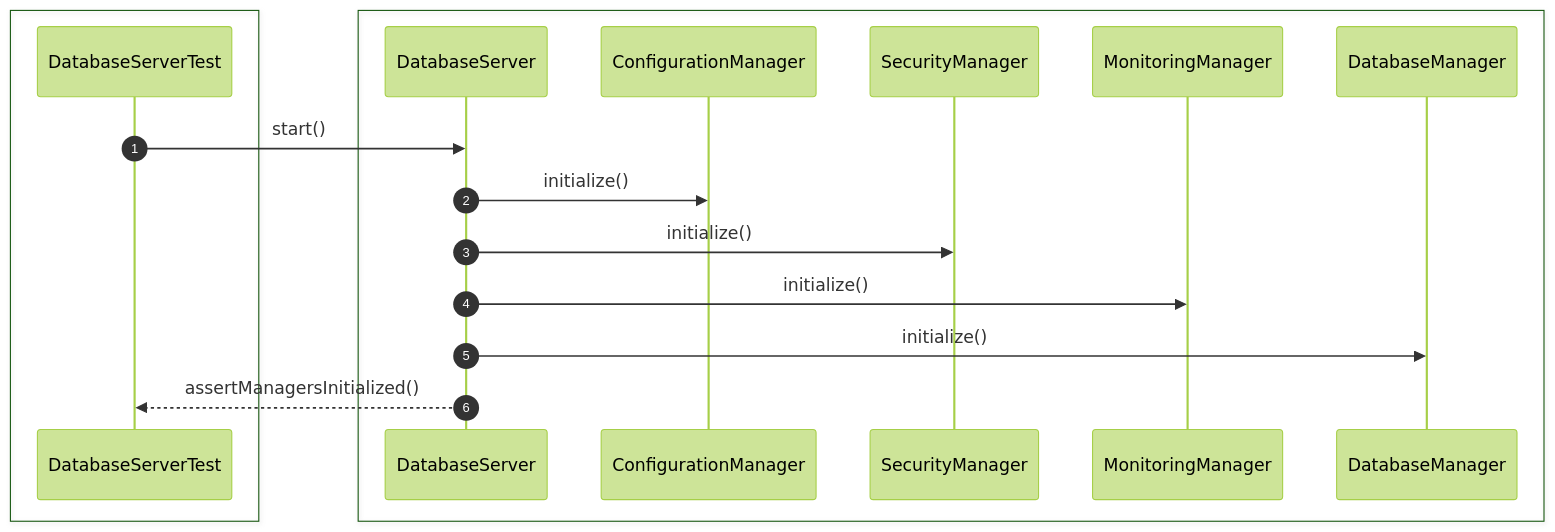
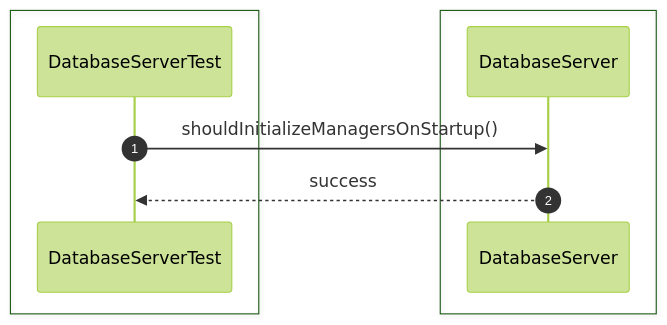
Before and after one commit to Huy1801214/dbms-architecture: the fourth of 44 diagrams in src/sequence/db-server.md, drawn with Mermaid (forest theme). The commit also changed other lines of this file and 68 other files, not shown here.

Commit message:
implement comprehensive unit test suite and architectural sequence documentation

````diff
--- a/src/sequence/db-server.md
+++ b/src/sequence/db-server.md
@@ -60,22 +51,13 @@
 ```mermaid
 sequenceDiagram
     autonumber
-
     box #e1f5fe Test Suite
     participant Test as DatabaseServerTest
     end
-    box #e3f2fd Server Managers
-    participant Server as DatabaseServer
-    participant Config as ConfigurationManager
-    participant Security as SecurityManager
-    participant Monitor as MonitoringManager
-    participant DBManager as DatabaseManager
+    box #e3f2fd DatabaseServer Component
+    participant DS as DatabaseServer
     end
 
-    Test->>Server: start()
-    Server->>Config: initialize()
-    Server->>Security: initialize()
-    Server->>Monitor: initialize()
-    Server->>DBManager: initialize()
-    Server-->>Test: assertManagersInitialized()
+    Test->>DS: shouldInitializeManagersOnStartup()
+    DS-->>Test: success
 ```
````
